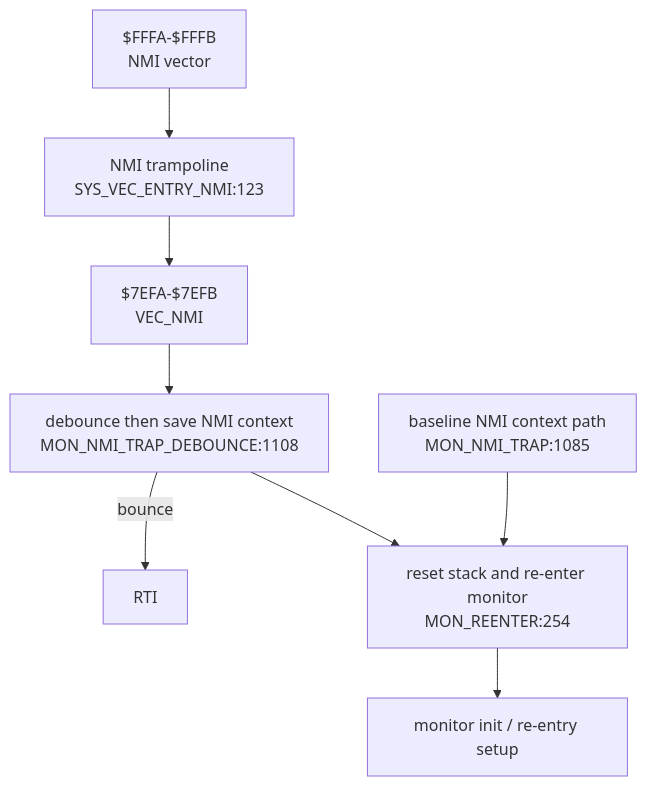
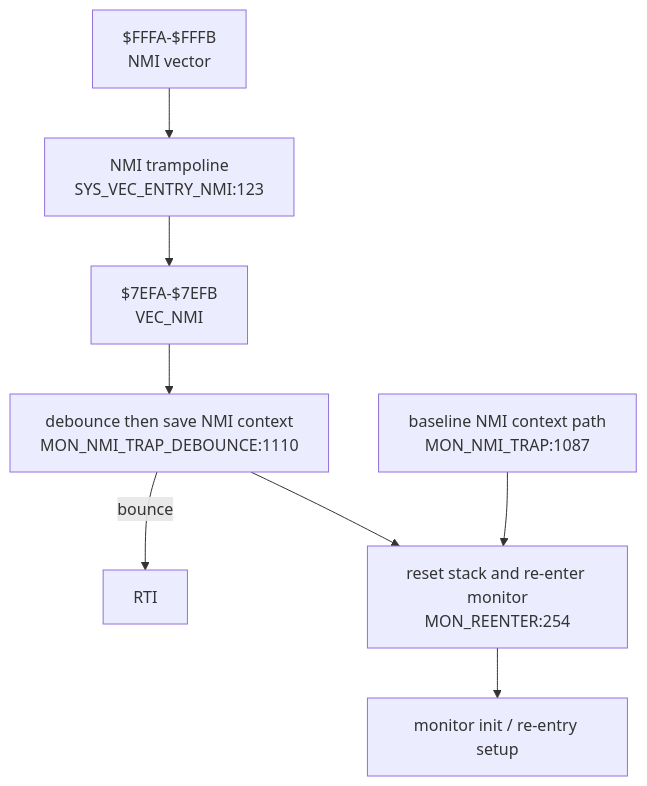
The fourth of 6 diagrams in DOC/GENERATED/INTERRUPT_VECTOR_MAP.md (95westus/R-YORS), drawn with Mermaid before and after one commit. The commit also changed other lines of this file and 33 other files, not shown here.

````diff
--- a/DOC/GENERATED/INTERRUPT_VECTOR_MAP.md
+++ b/DOC/GENERATED/INTERRUPT_VECTOR_MAP.md
@@ -62,10 +62,10 @@
 ```mermaid
 flowchart TD
     NMIV["$FFFA-$FFFB<br/>NMI vector"] --> NMIENTRY["NMI trampoline<br/>SYS_VEC_ENTRY_NMI:123"]
     NMIENTRY --> VECNMI["$7EFA-$7EFB<br/>VEC_NMI"]
-    VECNMI --> NMITRAP["debounce then save NMI context<br/>MON_NMI_TRAP_DEBOUNCE:1108"]
+    VECNMI --> NMITRAP["debounce then save NMI context<br/>MON_NMI_TRAP_DEBOUNCE:1110"]
     NMITRAP -->|bounce| RTINMI["RTI"]
     NMITRAP --> REENTER["reset stack and re-enter monitor<br/>MON_REENTER:254"]
-    NMIBASE["baseline NMI context path<br/>MON_NMI_TRAP:1085"] --> REENTER
+    NMIBASE["baseline NMI context path<br/>MON_NMI_TRAP:1087"] --> REENTER
     REENTER --> INIT["monitor init / re-entry setup"]
 ```
````
